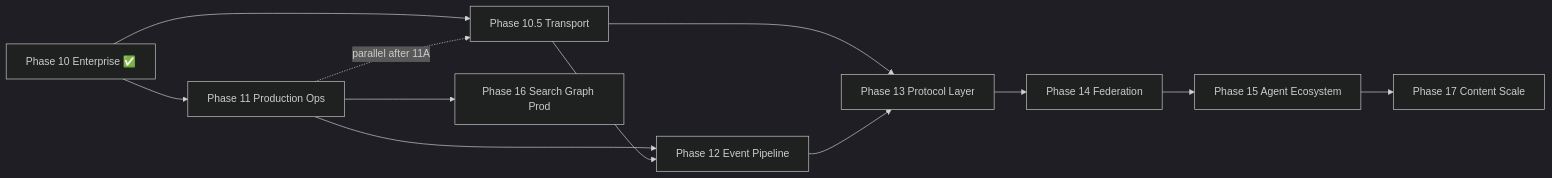
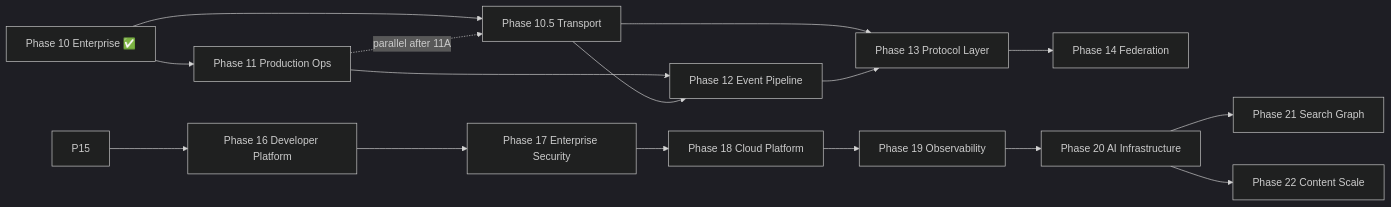
One commit to ontorata/ratary changed the diagram in .ai/phases/roadmap/10-POST-ROADMAP.md. Above: the diagram before and after it, drawn with Mermaid (dark theme). The commit also changed other lines of this file and 59 other files, not shown here.

Commit message:
docs(roadmap): add enterprise Phases 16-20 with ADR-031-035 and renumber search/content to 21/22

````diff
--- a/.ai/phases/roadmap/10-POST-ROADMAP.md
+++ b/.ai/phases/roadmap/10-POST-ROADMAP.md
@@ -32,14 +32,18 @@
 ```mermaid
 flowchart LR
   P10[Phase 10 Enterprise ✅] --> P11[Phase 11 Production Ops]
   P10 --> P105[Phase 10.5 Transport]
   P11 -.->|parallel after 11A| P105
   P11 --> P12[Phase 12 Event Pipeline]
   P105 --> P13[Phase 13 Protocol Layer]
   P12 --> P13
   P13 --> P14[Phase 14 Federation]
-  P14 --> P15[Phase 15 Agent Ecosystem]
-  P15 --> P17[Phase 17 Content Scale]
-  P11 --> P16[Phase 16 Search Graph Prod]
+  P15 --> P16[Phase 16 Developer Platform]
+  P16 --> P17[Phase 17 Enterprise Security]
+  P17 --> P18[Phase 18 Cloud Platform]
+  P18 --> P19[Phase 19 Observability]
+  P19 --> P20[Phase 20 AI Infrastructure]
+  P20 --> P21[Phase 21 Search Graph]
+  P20 --> P22[Phase 22 Content Scale]
   P105 --> P12
 ```
````
